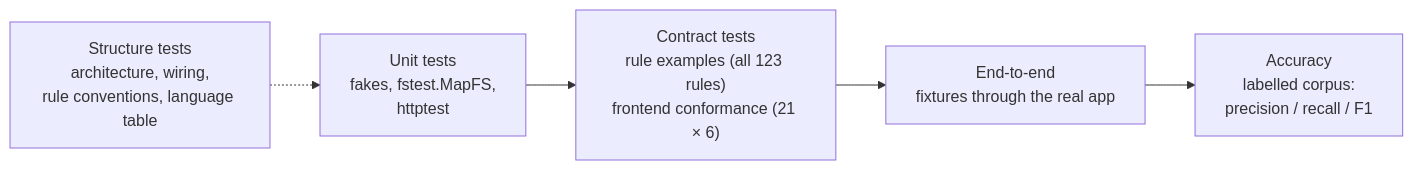
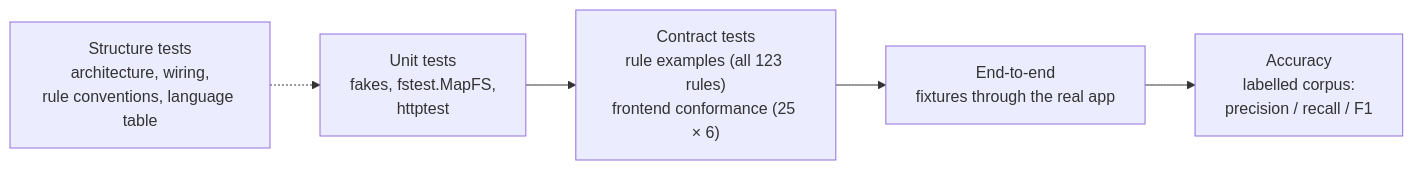
Before and after one commit to GoNetTools/datawarden: the fifth of 5 diagrams in docs/ARCHITECTURE.md, drawn with Mermaid. The commit also changed other lines of this file and 26 other files, not shown here.

````diff
--- a/docs/ARCHITECTURE.md
+++ b/docs/ARCHITECTURE.md
@@ -325,7 +325,7 @@
 ```mermaid
 flowchart LR
-    U["Unit tests<br/>fakes, fstest.MapFS,<br/>httptest"] --> C["Contract tests<br/>rule examples (all 123 rules)<br/>frontend conformance (21 × 6)"]
+    U["Unit tests<br/>fakes, fstest.MapFS,<br/>httptest"] --> C["Contract tests<br/>rule examples (all 123 rules)<br/>frontend conformance (25 × 6)"]
     C --> E["End-to-end<br/>fixtures through the real app"]
     E --> A["Accuracy<br/>labelled corpus:<br/>precision / recall / F1"]
     S["Structure tests<br/>architecture, wiring,<br/>rule conventions, language table"] -.-> U
 ```
````
